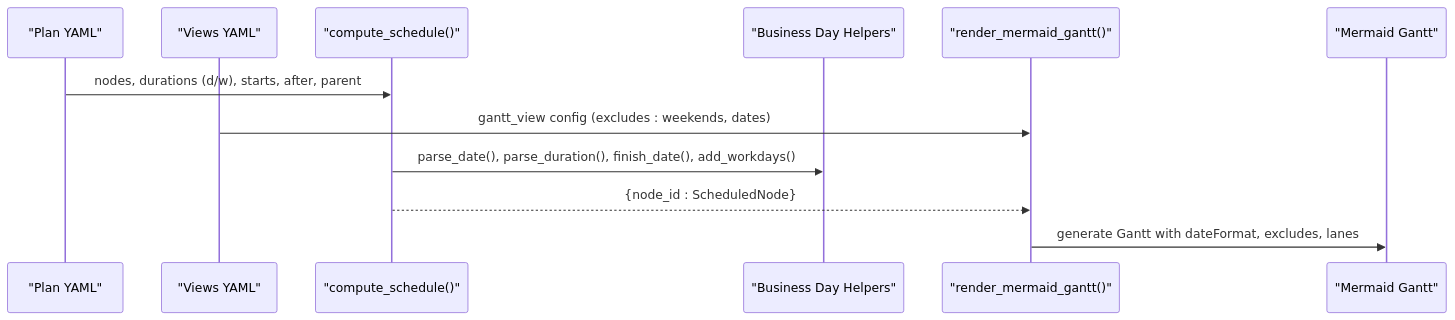
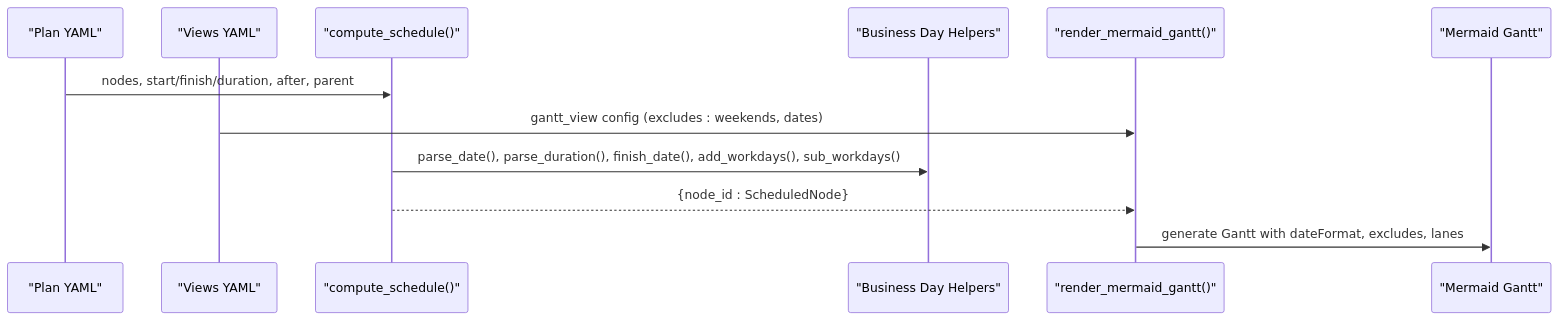
The second of 6 diagrams in .qoder/repowiki/en/content/Specification Reference/Data Models/Temporal Planning and Scheduling.md (asukhodko/opskarta), drawn with Mermaid before and after one commit. The commit also changed other lines of this file and 7 other files, not shown here.

````diff
--- a/.qoder/repowiki/en/content/Specification Reference/Data Models/Temporal Planning and Scheduling.md
+++ b/.qoder/repowiki/en/content/Specification Reference/Data Models/Temporal Planning and Scheduling.md
@@ -138,14 +147,14 @@
 ```mermaid
 sequenceDiagram
 participant Plan as "Plan YAML"
 participant View as "Views YAML"
 participant Sched as "compute_schedule()"
 participant BD as "Business Day Helpers"
 participant Render as "render_mermaid_gantt()"
 participant Out as "Mermaid Gantt"
-Plan->>Sched : nodes, durations (d/w), starts, after, parent
+Plan->>Sched : nodes, start/finish/duration, after, parent
 View->>Render : gantt_view config (excludes : weekends, dates)
-Sched->>BD : parse_date(), parse_duration(), finish_date(), add_workdays()
+Sched->>BD : parse_date(), parse_duration(), finish_date(), add_workdays(), sub_workdays()
 Sched-->>Render : {node_id : ScheduledNode}
 Render->>Out : generate Gantt with dateFormat, excludes, lanes
 ```
````
